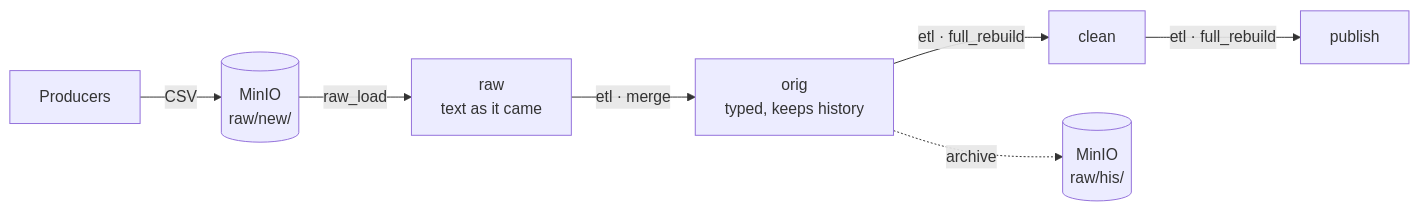
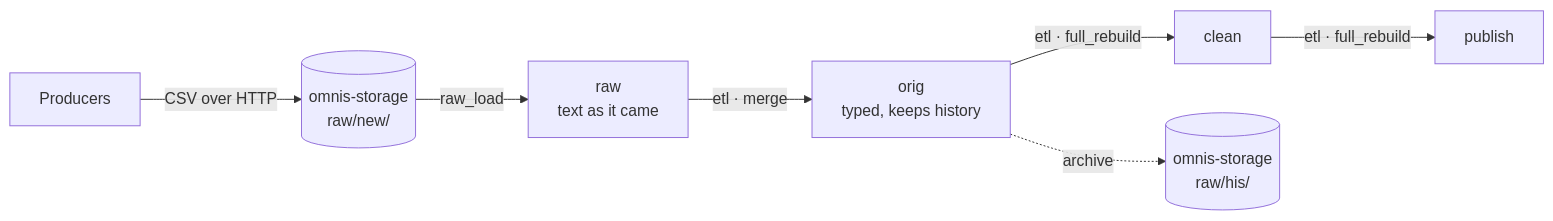
The diagram in README.md (JuanDiegoBarrado/Omnis), drawn with Mermaid before and after one commit. The commit also changed other lines of this file and 22 other files, not shown here.

First line of the commit message:
Replace MinIO with omnis-storage, a landing zone served over HTTP

````diff
--- a/README.md
+++ b/README.md
@@ -32,9 +31,9 @@
 ```mermaid
 flowchart LR
-    P[Producers] -->|CSV| N[(MinIO<br/>raw/new/)]
+    P[Producers] -->|CSV over HTTP| N[(omnis-storage<br/>raw/new/)]
     N -->|raw_load| R[raw<br/>text as it came]
     R -->|etl · merge| O[orig<br/>typed, keeps history]
     O -->|etl · full_rebuild| C[clean]
     C -->|etl · full_rebuild| PB[publish]
-    O -.->|archive| H[(MinIO<br/>raw/his/)]
+    O -.->|archive| H[(omnis-storage<br/>raw/his/)]
 ```
````
